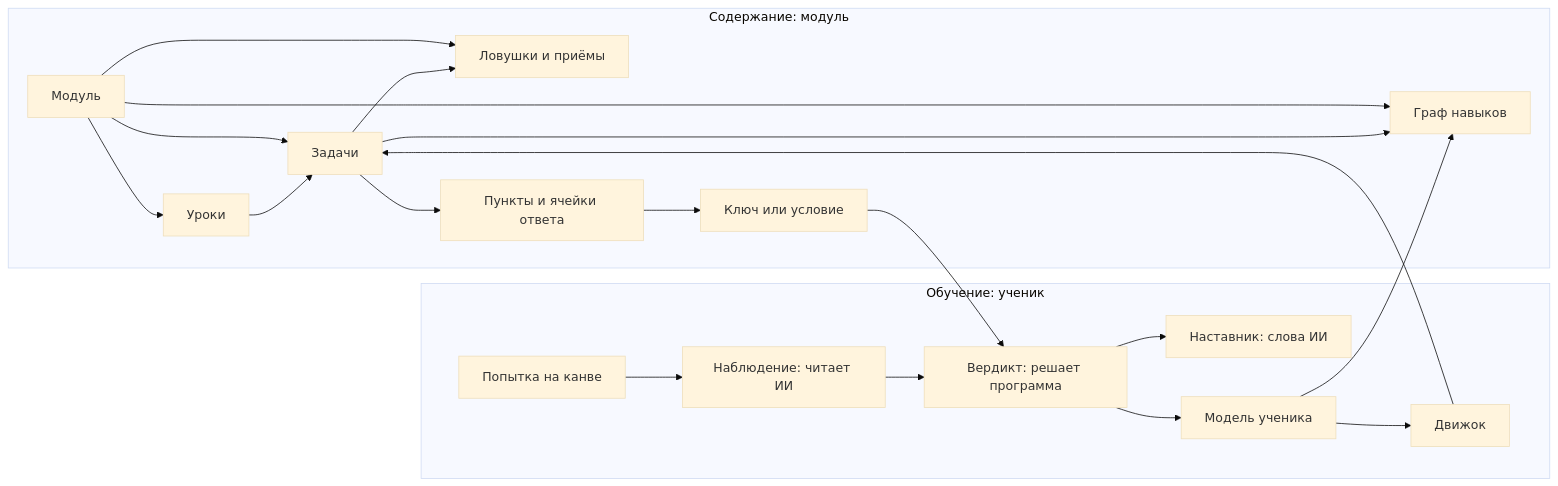
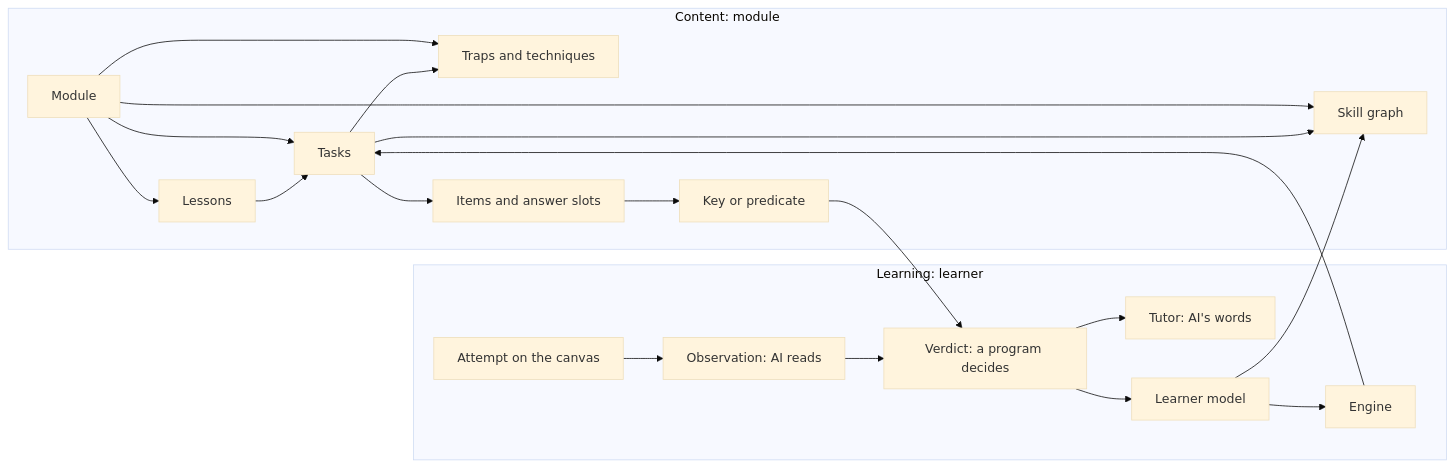
The first of 2 diagrams in docs/concepts.md (altnovatrail/spec), drawn with Mermaid (base theme) before and after one commit. The commit also changed other lines of this file and 8 other files, not shown here.

````diff
--- a/docs/concepts.md
+++ b/docs/concepts.md
@@ -24,24 +24,24 @@
 ```mermaid
 flowchart LR
-    subgraph content["Содержание: модуль"]
-        MOD["Модуль"] --> SG["Граф навыков"]
-        MOD --> LES["Уроки"]
-        MOD --> TSK["Задачи"]
-        MOD --> CAT["Ловушки и приёмы"]
+    subgraph content["Content: module"]
+        MOD["Module"] --> SG["Skill graph"]
+        MOD --> LES["Lessons"]
+        MOD --> TSK["Tasks"]
+        MOD --> CAT["Traps and techniques"]
         LES --> TSK
-        TSK --> ITM["Пункты и ячейки ответа"]
-        ITM --> KEY["Ключ или условие"]
+        TSK --> ITM["Items and answer slots"]
+        ITM --> KEY["Key or predicate"]
         TSK --> SG
         TSK --> CAT
     end
-    subgraph learning["Обучение: ученик"]
-        ENG["Движок"] --> TSK
-        ATT["Попытка на канве"] --> OBS["Наблюдение: читает ИИ"]
-        OBS --> VER["Вердикт: решает программа"]
+    subgraph learning["Learning: learner"]
+        ENG["Engine"] --> TSK
+        ATT["Attempt on the canvas"] --> OBS["Observation: AI reads"]
+        OBS --> VER["Verdict: a program decides"]
         KEY --> VER
-        VER --> TUT["Наставник: слова ИИ"]
-        VER --> LM["Модель ученика"]
+        VER --> TUT["Tutor: AI's words"]
+        VER --> LM["Learner model"]
         LM --> ENG
         LM --> SG
     end
 ```
````
